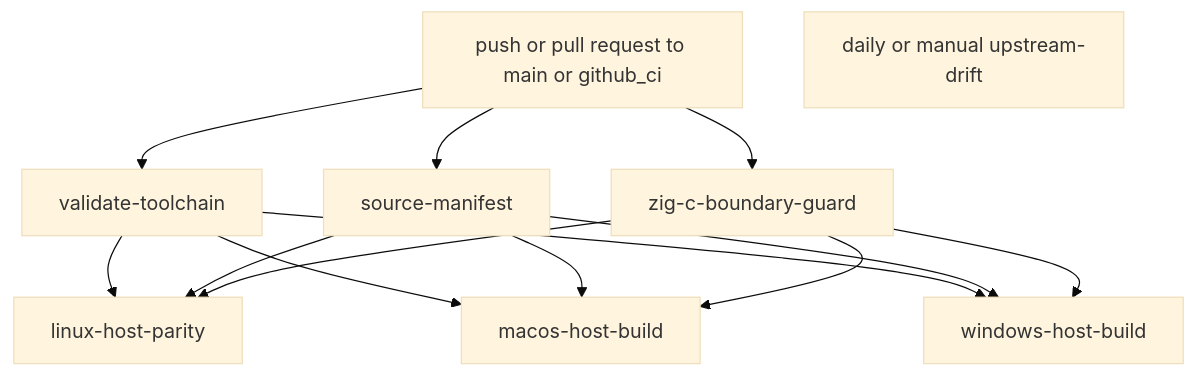
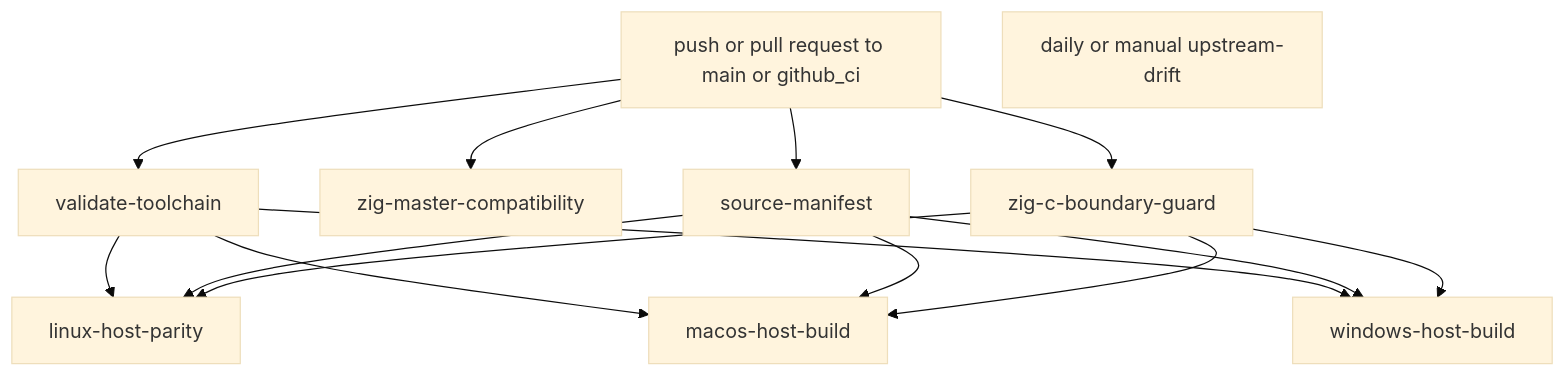
Before and after one commit to ppigazzini/z47: the diagram in zig_docs/60-ci-and-release-workflow.md, drawn with Mermaid (base theme). The commit also changed other lines of this file and 9 other files, not shown here.

````diff
--- a/zig_docs/60-ci-and-release-workflow.md
+++ b/zig_docs/60-ci-and-release-workflow.md
@@ -21,24 +21,26 @@
 ```mermaid
 flowchart TD
   A[push or pull request to main or github_ci]
   B[validate-toolchain]
-  C[source-manifest]
-  D[zig-c-boundary-guard]
-  E[linux-host-parity]
-  F[macos-host-build]
-  G[windows-host-build]
-  H[daily or manual upstream-drift]
+  C[zig-master-compatibility]
+  D[source-manifest]
+  E[zig-c-boundary-guard]
+  F[linux-host-parity]
+  G[macos-host-build]
+  H[windows-host-build]
+  I[daily or manual upstream-drift]
 
   A --> B
   A --> C
   A --> D
-  B --> E
-  C --> E
-  D --> E
+  A --> E
   B --> F
-  C --> F
   D --> F
+  E --> F
   B --> G
-  C --> G
   D --> G
+  E --> G
+  B --> H
+  D --> H
+  E --> H
 ```
````
